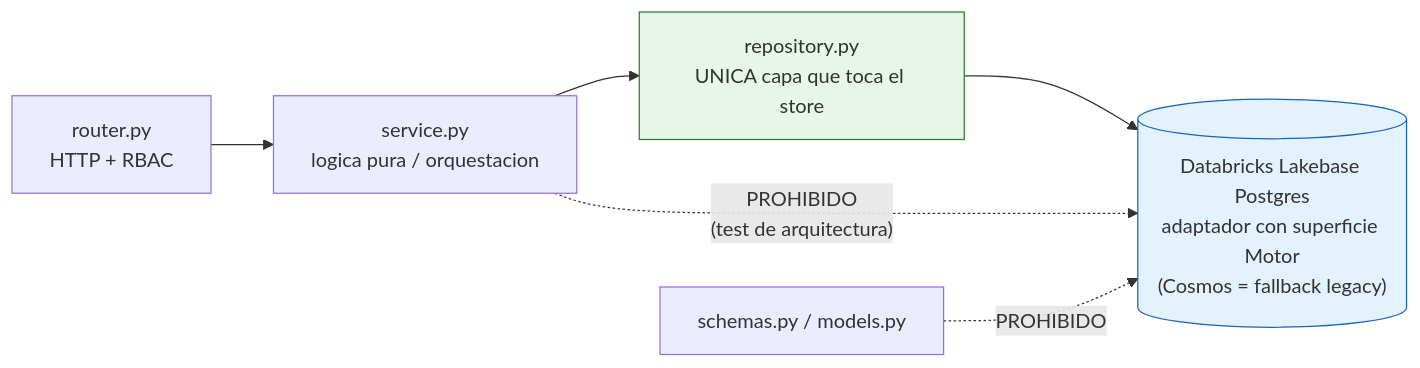
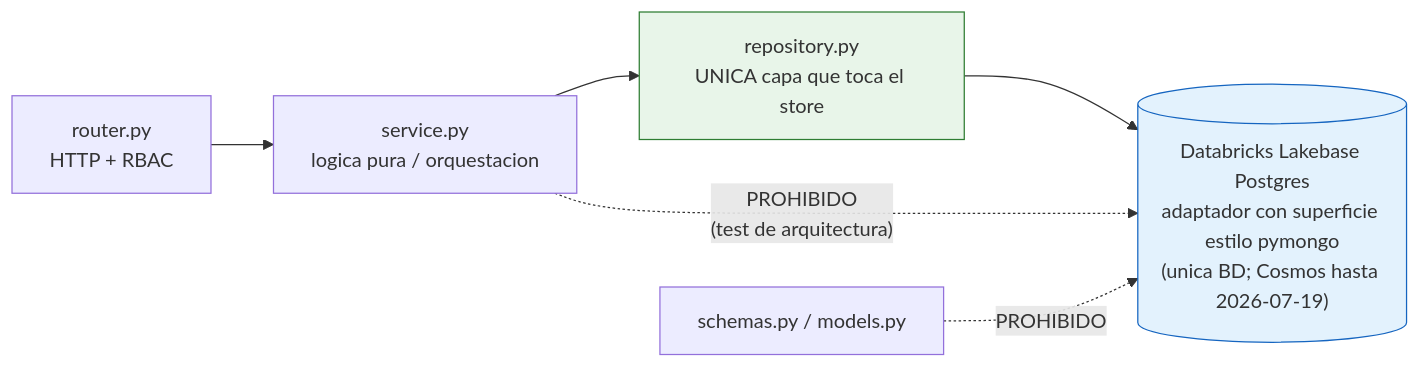
Before and after one commit to Carlosmps97/backend-data-model-hub: the second of 6 diagrams in doc/testing.md, drawn with Mermaid. The commit also changed other lines of this file and 20 other files, not shown here.

````diff
--- a/doc/testing.md
+++ b/doc/testing.md
@@ -187,10 +187,10 @@
 ```mermaid
 flowchart LR
     R["router.py<br/>HTTP + RBAC"] --> S["service.py<br/>logica pura / orquestacion"]
     S --> Repo["repository.py<br/>UNICA capa que toca el store"]
-    Repo --> DB[("Databricks Lakebase Postgres<br/>adaptador con superficie Motor<br/>(Cosmos = fallback legacy)")]
+    Repo --> DB[("Databricks Lakebase Postgres<br/>adaptador con superficie estilo pymongo<br/>(unica BD; Cosmos hasta 2026-07-19)")]
     S -. "PROHIBIDO<br/>(test de arquitectura)" .-> DB
     Sch["schemas.py / models.py"] -. "PROHIBIDO" .-> DB
     style Repo fill:#e8f5e9,stroke:#2e7d32
     style DB fill:#e3f2fd,stroke:#1565c0
 ```
````
